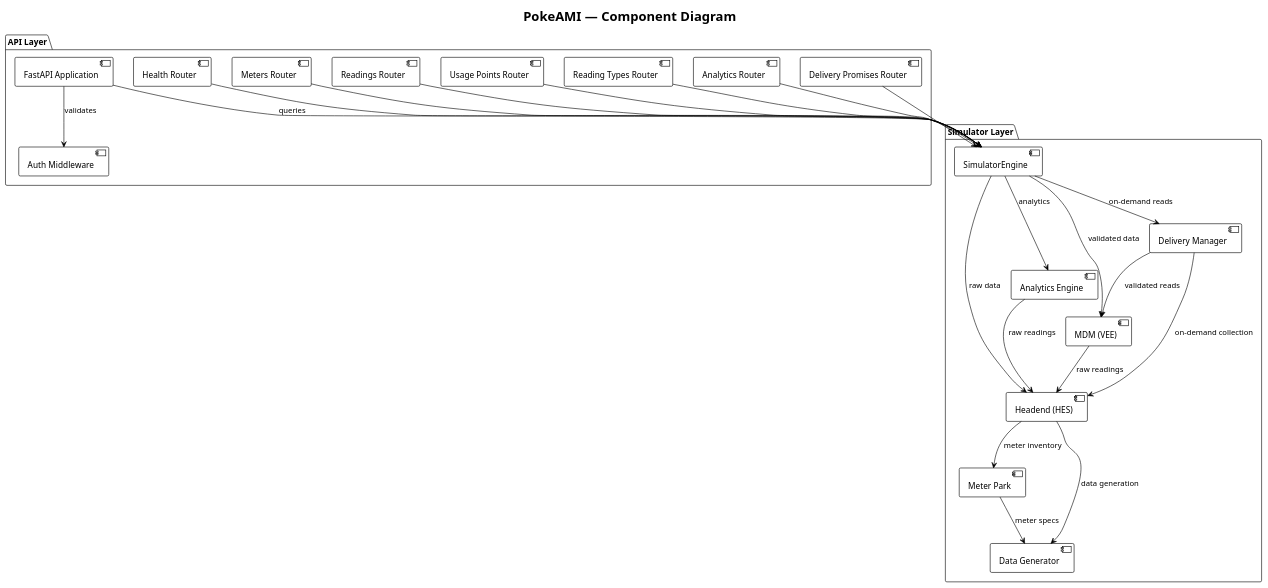
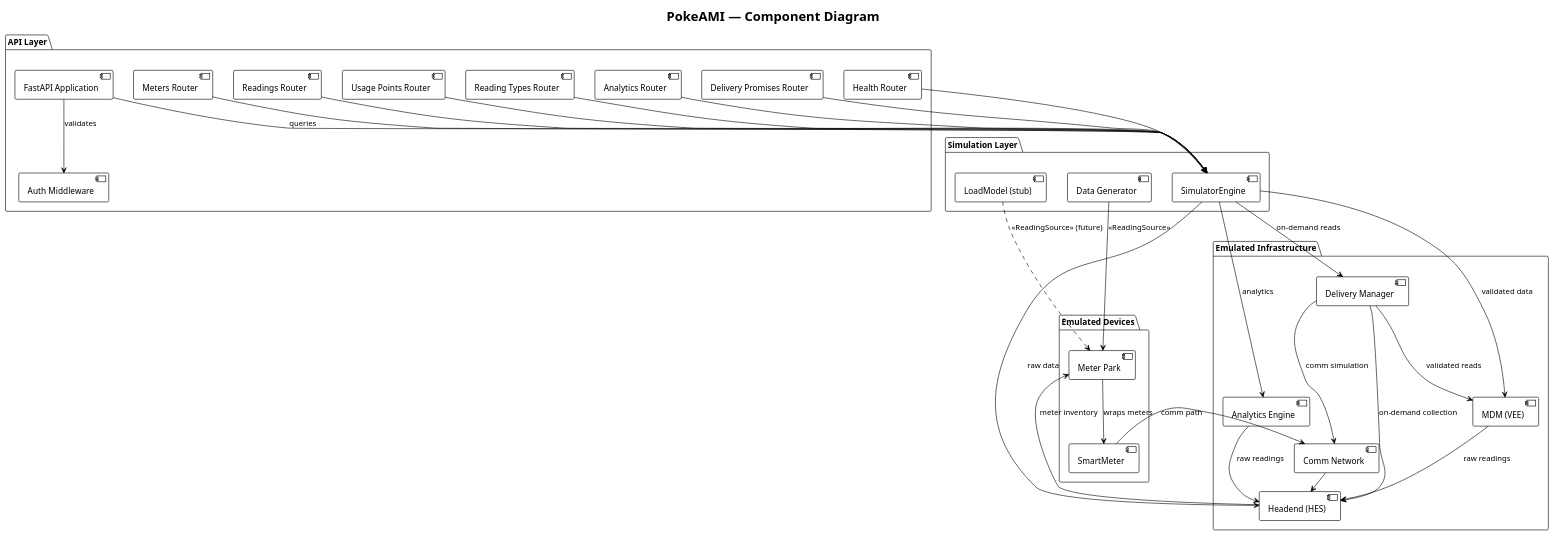
One commit to pjm4github/PokeAMI changed the diagram in docs/diagrams/component.puml. Above: the diagram before and after it, drawn with PlantUML. The commit also changed 31 other files, not shown here.

First line of the commit message:
Separate emulated AMI architecture, add delivery promise spec with MCP analysis

```diff
--- a/docs/diagrams/component.puml
+++ b/docs/diagrams/component.puml
@@ -1,53 +1,66 @@
 @startuml Component Diagram
 !theme plain
 
 title PokeAMI — Component Diagram
 
 package "API Layer" {
     [FastAPI Application] as API
     [Health Router] as Health
     [Meters Router] as Meters
     [Readings Router] as Readings
     [Usage Points Router] as UP
     [Reading Types Router] as RT
     [Analytics Router] as Analytics
     [Delivery Promises Router] as DP
     [Auth Middleware] as Auth
 }
 
-package "Simulator Layer" {
+package "Simulation Layer" {
     [SimulatorEngine] as Engine
+    [Data Generator] as DG
+    [LoadModel (stub)] as LM
+}
+
+package "Emulated Devices" {
+    [Meter Park] as MP
+    [SmartMeter] as SM
+}
+
+package "Emulated Infrastructure" {
     [Headend (HES)] as HES
     [MDM (VEE)] as MDM
     [Analytics Engine] as AE
     [Delivery Manager] as DM
-    [Meter Park] as MP
-    [Data Generator] as DG
+    [Comm Network] as CN
 }
 
 API --> Auth : validates
 API --> Engine : queries
 
 Health --> Engine
 Meters --> Engine
 Readings --> Engine
 UP --> Engine
 RT --> Engine
 Analytics --> Engine
 DP --> Engine
 
 Engine --> HES : raw data
 Engine --> MDM : validated data
 Engine --> AE : analytics
 Engine --> DM : on-demand reads
 
+DG -down-> MP : <<ReadingSource>>
+LM .down.> MP : <<ReadingSource>> (future)
+MP --> SM : wraps meters
+
+SM -right-> CN : comm path
+CN -right-> HES : data transport
 HES --> MP : meter inventory
-HES --> DG : data generation
 MDM --> HES : raw readings
 AE --> HES : raw readings
 DM --> HES : on-demand collection
+DM --> CN : comm simulation
 DM --> MDM : validated reads
 
-MP --> DG : meter specs
-
 @enduml
```
